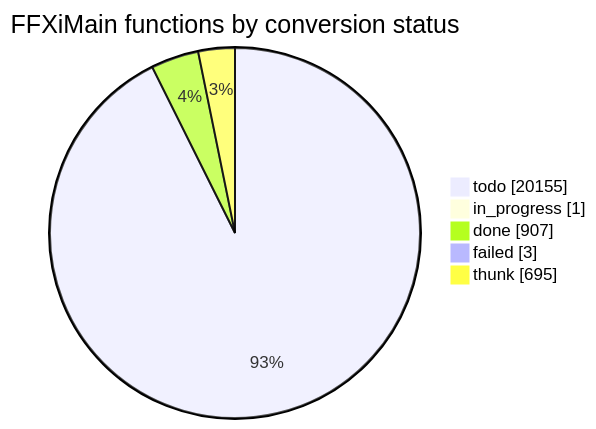
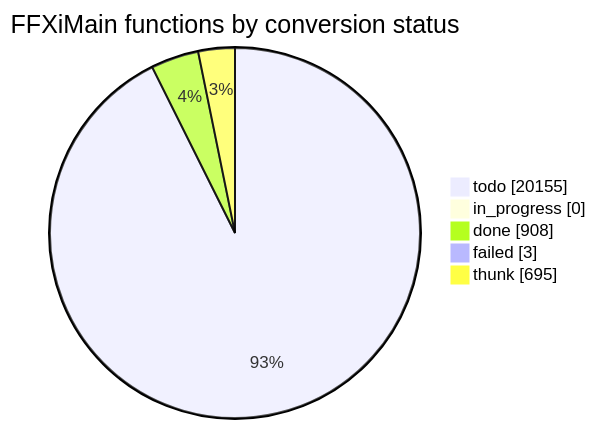
One commit to cowrevenge/cow_kuluu_xi_anything changed the diagram in docs/cow/STATUS.md. Above: the diagram before and after it, drawn with Mermaid. The commit also changed other lines of this file and 9 other files, not shown here.

````diff
--- a/docs/cow/STATUS.md
+++ b/docs/cow/STATUS.md
@@ -18,9 +18,9 @@
 ```mermaid
 pie showData
     title FFXiMain functions by conversion status
     "todo" : 20155
-    "in_progress" : 1
-    "done" : 907
+    "in_progress" : 0
+    "done" : 908
     "failed" : 3
     "thunk" : 695
 ```
````
